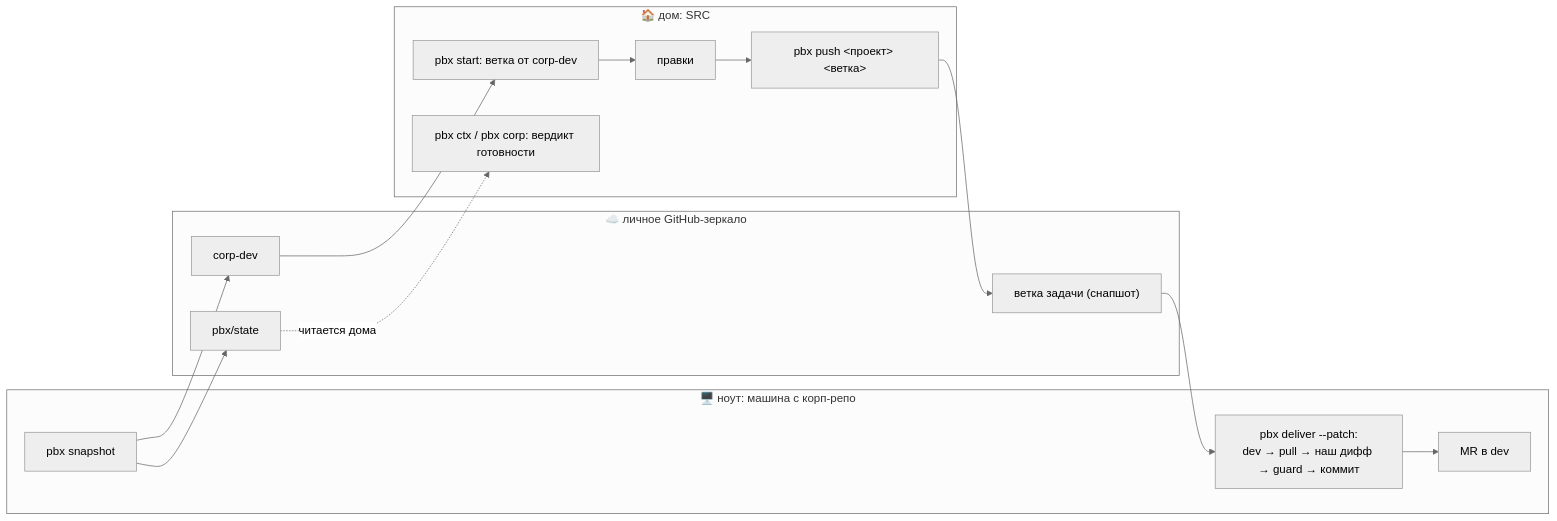
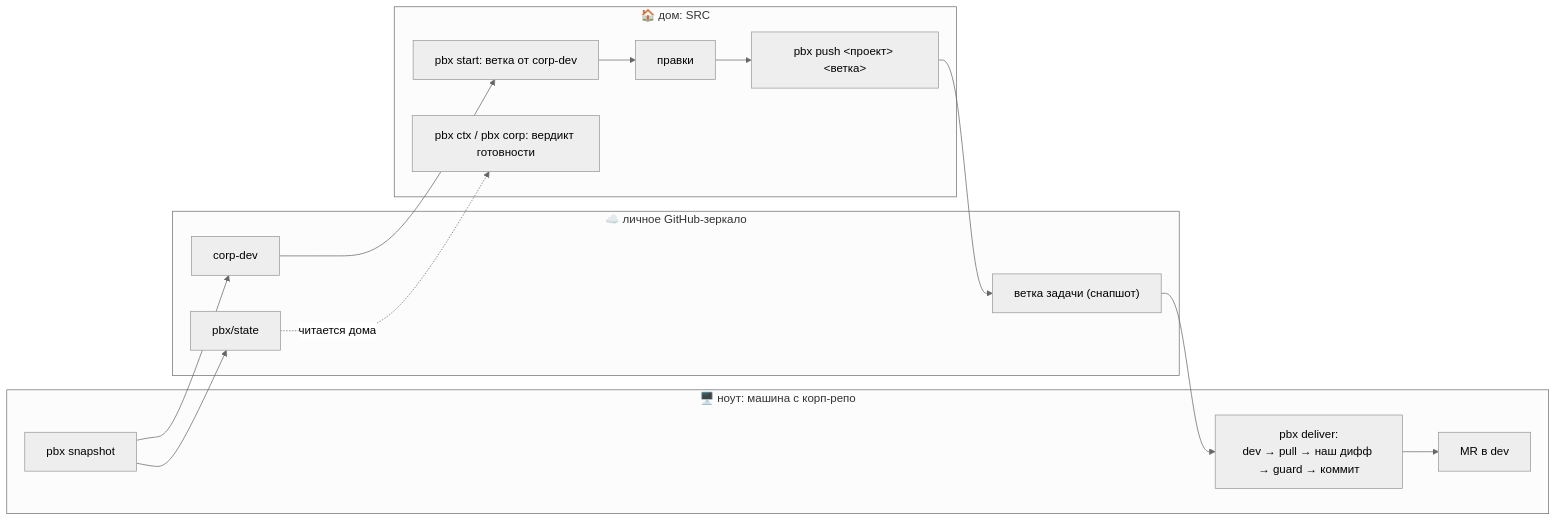
The diagram in README.md (dkurokhtin/pbx), drawn with Mermaid (neutral theme) before and after one commit. The commit also changed other lines of this file and 7 other files, not shown here.

Commit message:
feat(Э9): архивный режим удалён — pack, deliver [архив], архив в status/list/log/ctx; deliver по умолчанию патч (--patch для совместимости), --mirror — единственный запасной; status по push-снапшоту

````diff
--- a/README.md
+++ b/README.md
@@ -34,22 +30,22 @@
 ```mermaid
 flowchart LR
     subgraph host["🖥️ ноут: машина с корп-репо"]
         snap["pbx snapshot"]
-        deliver["pbx deliver --patch:<br/>dev → pull → наш дифф → guard → коммит"] --> mr["MR в dev"]
+        deliver["pbx deliver:<br/>dev → pull → наш дифф → guard → коммит"] --> mr["MR в dev"]
     end
     subgraph mirror["☁️ личное GitHub-зеркало"]
         cdev["corp-dev"]
         mst["pbx/state"]
         mbr["ветка задачи (снапшот)"]
     end
     subgraph home["🏠 дом: SRC"]
         start["pbx start: ветка от corp-dev"] --> edit["правки"] --> push["pbx push &lt;проект&gt; &lt;ветка&gt;"]
         ctx["pbx ctx / pbx corp: вердикт готовности"]
     end
     snap --> cdev
     snap --> mst
     cdev --> start
     mst -.->|"читается дома"| ctx
     push --> mbr
     mbr --> deliver
 ```
````
